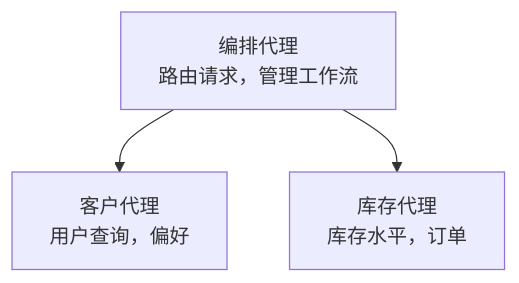
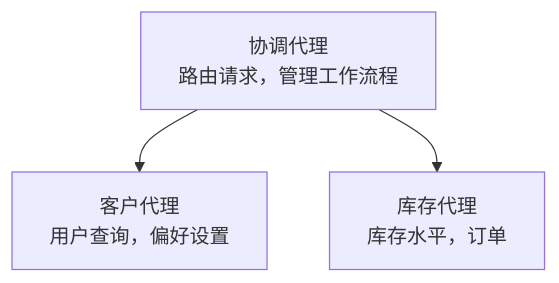
One commit to microsoft/AZD-for-beginners changed the diagram in translations/zh-CN/docs/chapter-05-multi-agent/README.md. Above: the diagram before and after it, drawn with Mermaid. The commit also changed other lines of this file and 60 other files, not shown here.

````diff
--- a/translations/zh-CN/docs/chapter-05-multi-agent/README.md
+++ b/translations/zh-CN/docs/chapter-05-multi-agent/README.md
@@ -54,5 +54,5 @@
 ```mermaid
 graph TD
-    Orchestrator[编排代理<br/>路由请求，管理工作流] --> Customer[客户代理<br/>用户查询，偏好]
+    Orchestrator[协调代理<br/>路由请求，管理工作流程] --> Customer[客户代理<br/>用户查询，偏好设置]
     Orchestrator --> Inventory[库存代理<br/>库存水平，订单]
 ```
````
